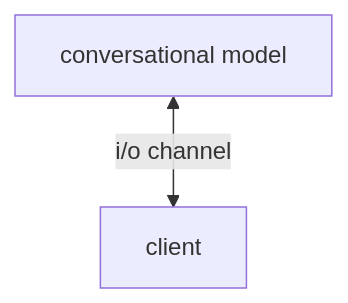
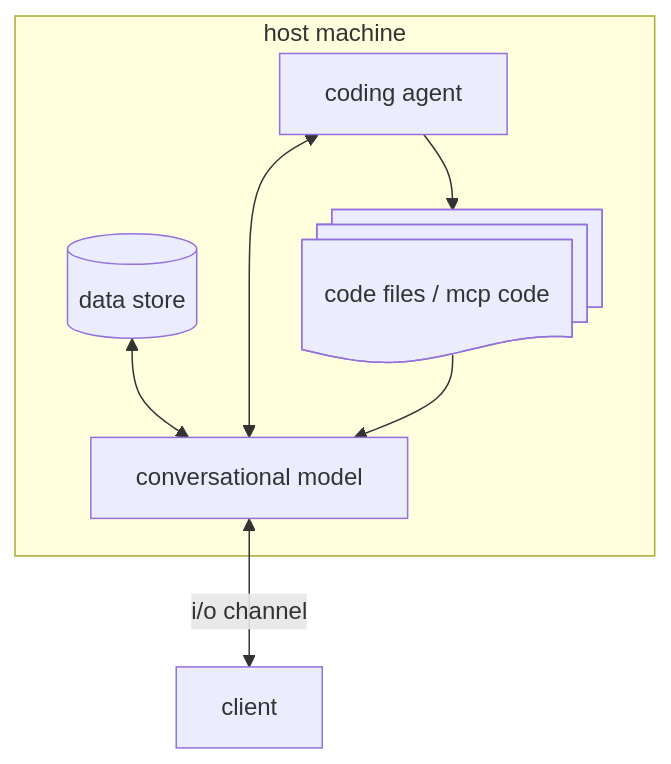
Before and after one commit to RK22000/my-jarvis: the diagram in README.md, drawn with Mermaid. The commit also changed other lines of this file and 15 other files, not shown here.

````diff
--- a/README.md
+++ b/README.md
@@ -3,8 +3,19 @@
 ```mermaid
 flowchart TD
 
 a[conversational model]
+b[(data store)]
+c@{ shape: docs, label: code files / mcp code}
+d[coding agent]
+
+subgraph host machine
+b <--> a
+d <--> a
+d --> c
+c --> a
+end
+
 
 a <--i/o channel--> client
 
 ```
````
